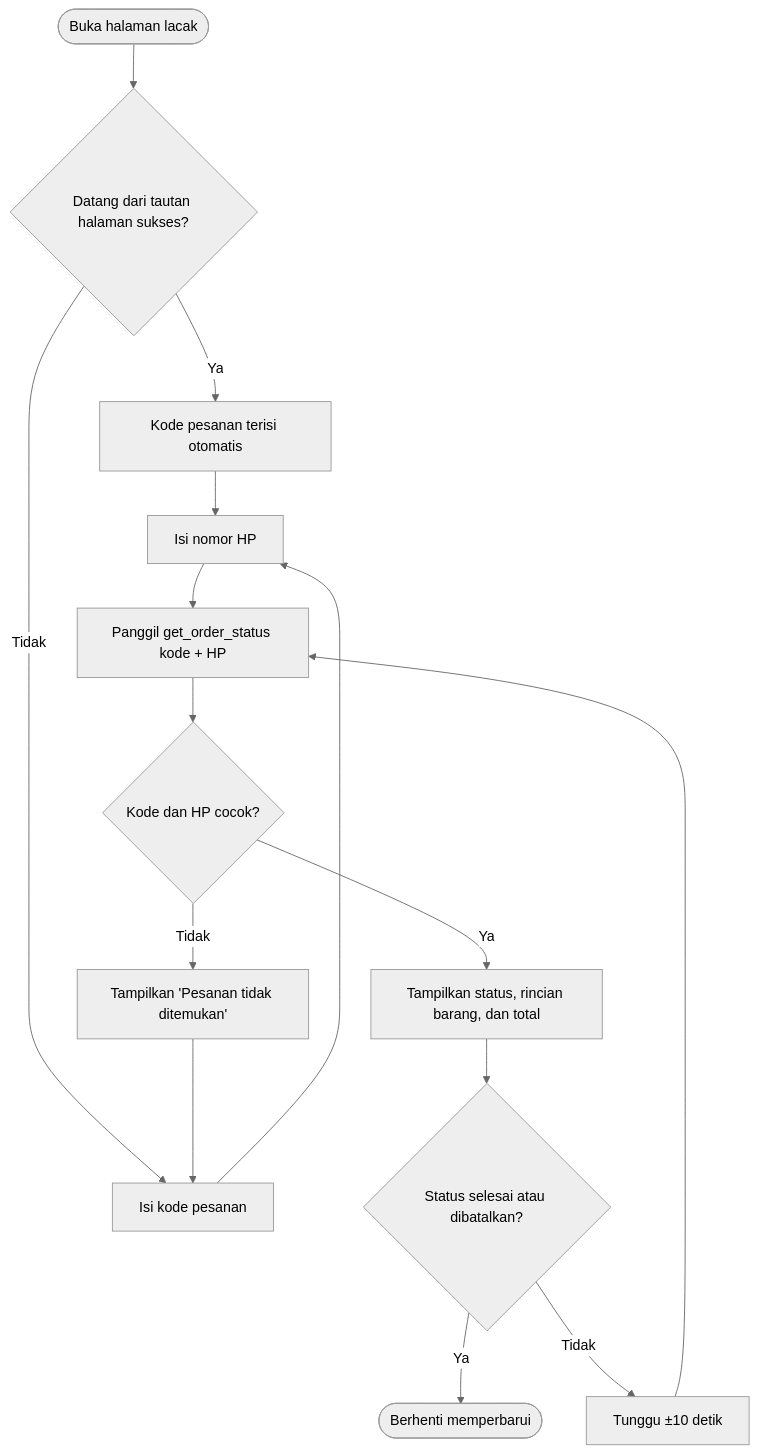
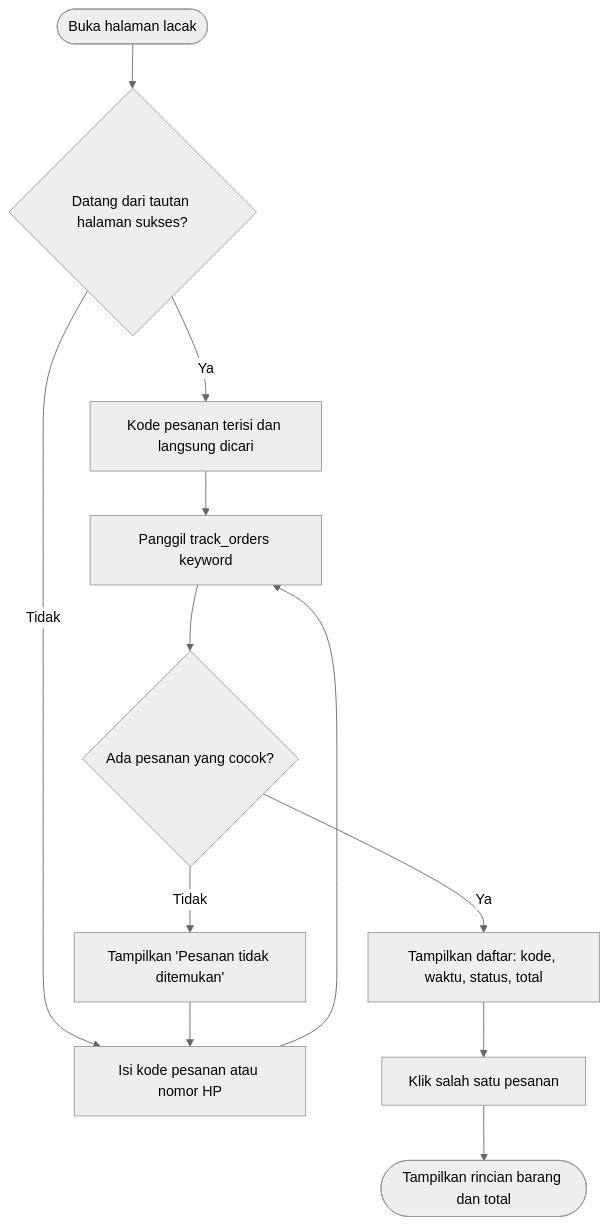
The fourth of 9 diagrams in docs/FLOWCHART.md (arikmhm/awm-fullstack), drawn with Mermaid (neutral theme) before and after one commit. The commit also changed other lines of this file and 2 other files, not shown here.

Commit message:
docs: lacak pesanan cukup dengan kode atau nomor HP, tanpa polling

````diff
--- a/docs/FLOWCHART.md
+++ b/docs/FLOWCHART.md
@@ -96,17 +96,14 @@
 ```mermaid
 flowchart TD
     A([Buka halaman lacak]) --> B{Datang dari tautan halaman sukses?}
-    B -- Ya --> C[Kode pesanan terisi otomatis]
-    B -- Tidak --> D[Isi kode pesanan]
-    C --> E[Isi nomor HP]
-    D --> E
-    E --> F[Panggil get_order_status kode + HP]
-    F --> G{Kode dan HP cocok?}
+    B -- Ya --> C[Kode pesanan terisi dan langsung dicari]
+    B -- Tidak --> D[Isi kode pesanan atau nomor HP]
+    D --> F[Panggil track_orders keyword]
+    C --> F
+    F --> G{Ada pesanan yang cocok?}
     G -- Tidak --> H[Tampilkan 'Pesanan tidak ditemukan']
     H --> D
-    G -- Ya --> I[Tampilkan status, rincian barang, dan total]
-    I --> J{Status selesai atau dibatalkan?}
-    J -- Ya --> K([Berhenti memperbarui])
-    J -- Tidak --> L[Tunggu ±10 detik]
-    L --> F
+    G -- Ya --> I[Tampilkan daftar: kode, waktu, status, total]
+    I --> J[Klik salah satu pesanan]
+    J --> K([Tampilkan rincian barang dan total])
 ```
````
